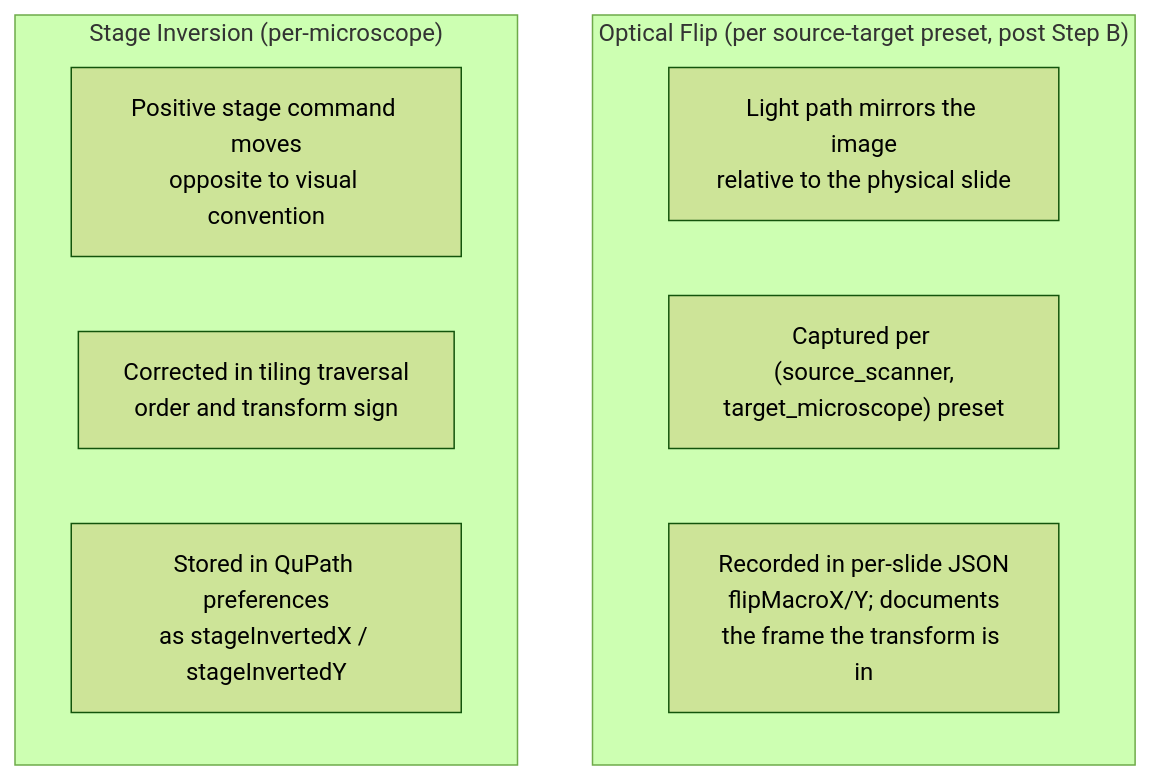
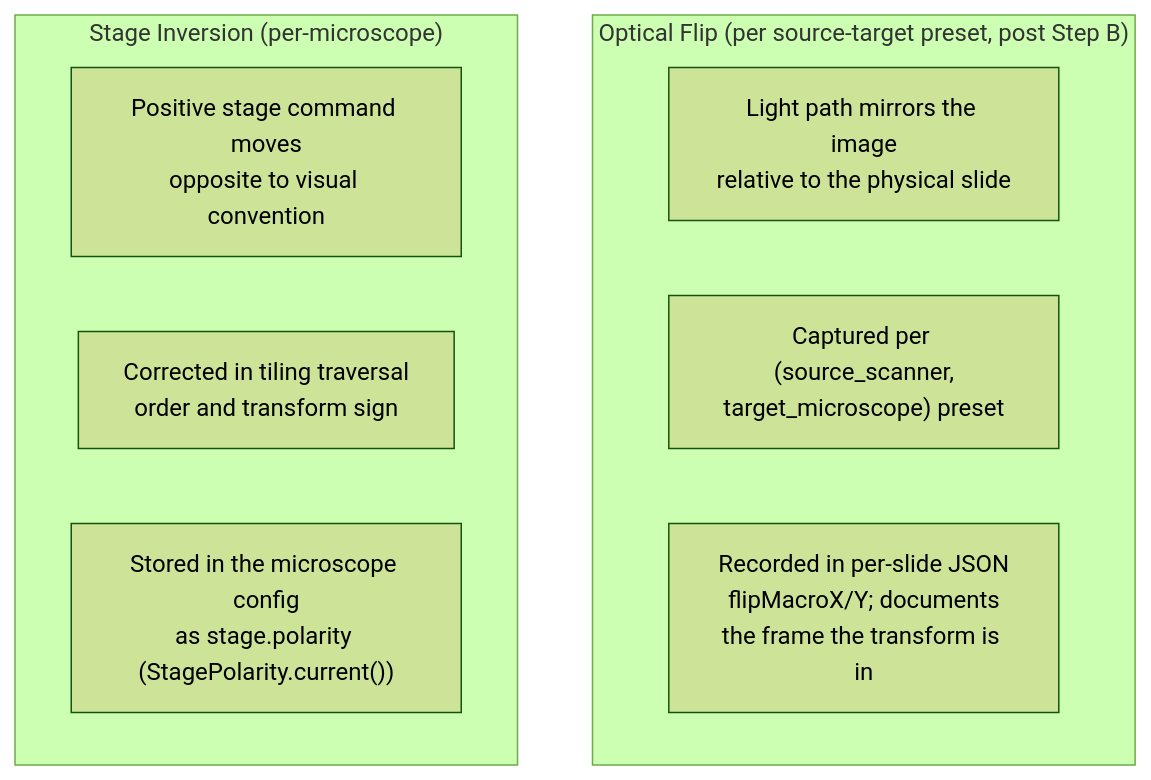
Before and after one commit to uw-loci/qupath-extension-qpsc: the second of 4 diagrams in documentation/developer/COORDINATE_TRANSFORMS.md, drawn with Mermaid (forest theme). The commit also changed other lines of this file and 26 other files, not shown here.

````diff
--- a/documentation/developer/COORDINATE_TRANSFORMS.md
+++ b/documentation/developer/COORDINATE_TRANSFORMS.md
@@ -192,14 +192,14 @@
 ```mermaid
 graph TB
     subgraph "Optical Flip (per source-target preset, post Step B)"
         F["Light path mirrors the image<br/>relative to the physical slide"]
         F1["Captured per (source_scanner,<br/>target_microscope) preset"]
         F2["Recorded in per-slide JSON<br/>flipMacroX/Y; documents<br/>the frame the transform is in"]
     end
 
     subgraph "Stage Inversion (per-microscope)"
         I["Positive stage command moves<br/>opposite to visual convention"]
         I1["Corrected in tiling traversal<br/>order and transform sign"]
-        I2["Stored in QuPath preferences<br/>as stageInvertedX / stageInvertedY"]
+        I2["Stored in the microscope config<br/>as stage.polarity (StagePolarity.current())"]
     end
 ```
````
